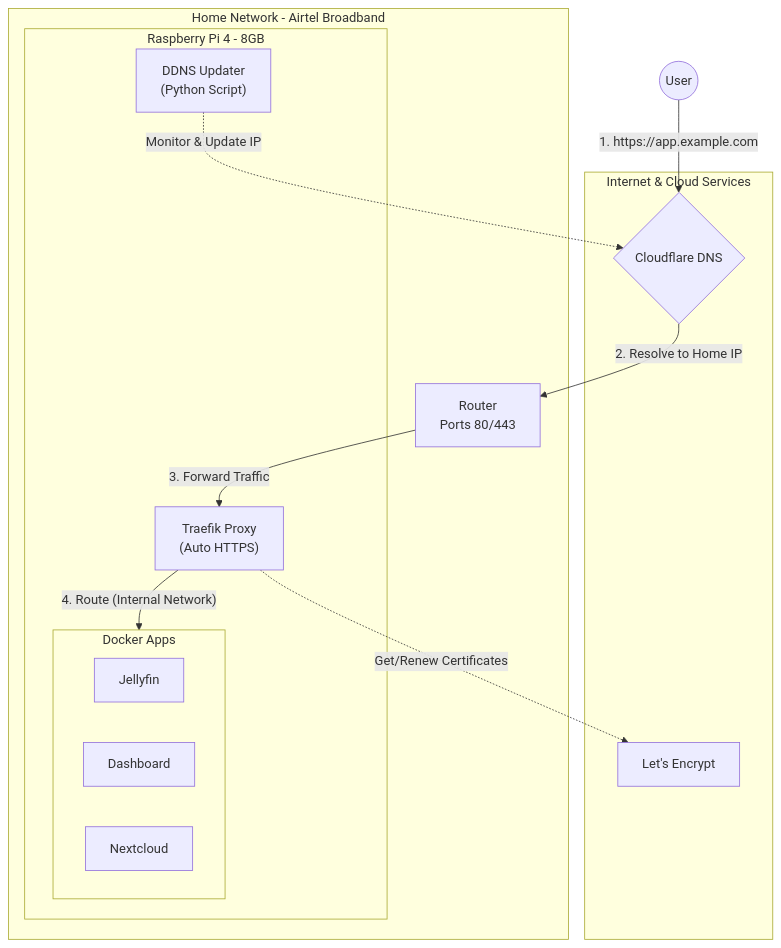
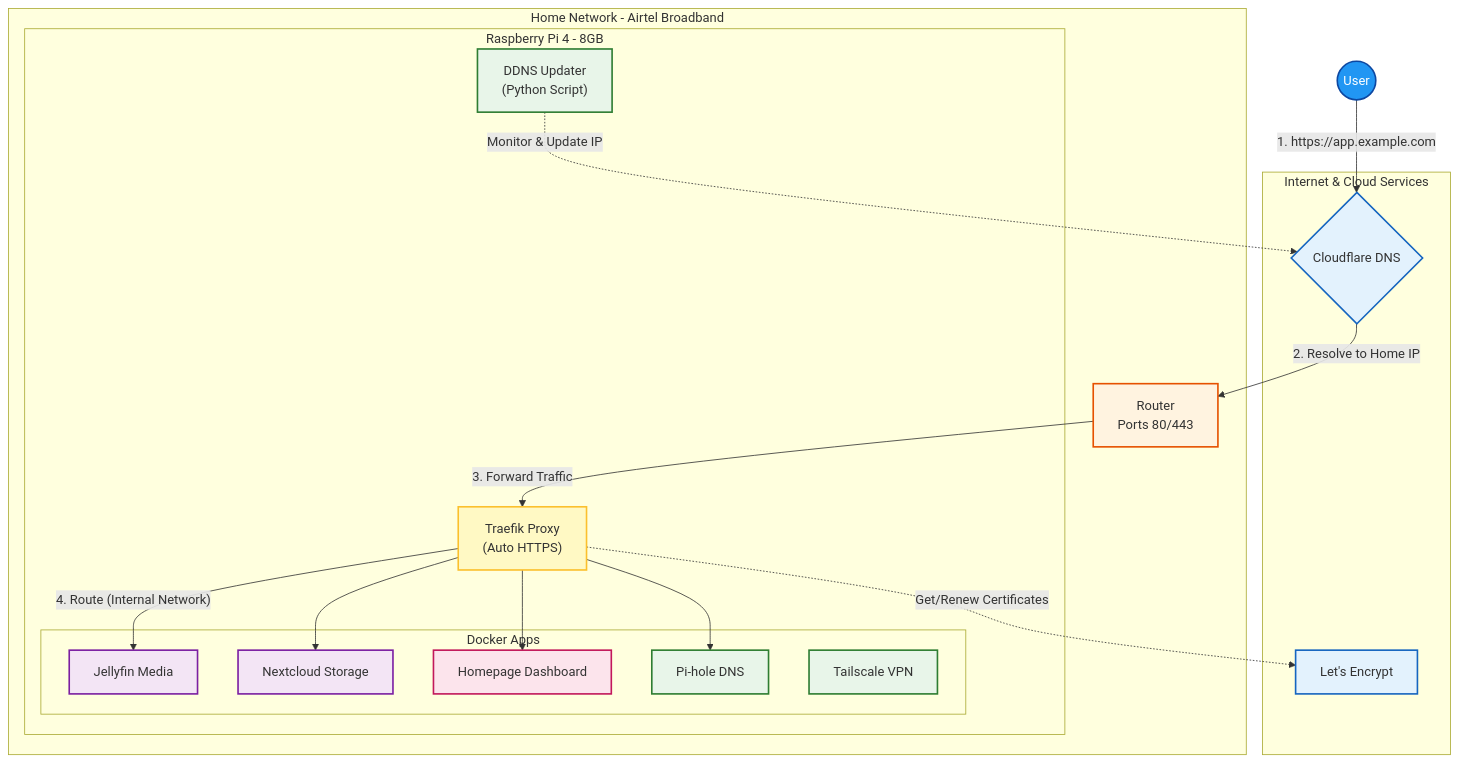
The diagram in README.md (charan-altro/self-host-lab), drawn with Mermaid before and after one commit.

````diff
--- a/README.md
+++ b/README.md
@@ -9,34 +9,48 @@
 ```mermaid
 graph TD
-    User((User))
+    %% Define Styles
+    classDef user fill:#2196f3,stroke:#0d47a1,stroke-width:2px,color:white
+    classDef cloud fill:#e3f2fd,stroke:#1565c0,stroke-width:2px
+    classDef router fill:#fff3e0,stroke:#e65100,stroke-width:2px
+    classDef proxy fill:#fff9c4,stroke:#fbc02d,stroke-width:2px
+    classDef media fill:#f3e5f5,stroke:#7b1fa2,stroke-width:2px
+    classDef net fill:#e8f5e9,stroke:#2e7d32,stroke-width:2px
+    classDef dash fill:#fce4ec,stroke:#c2185b,stroke-width:2px
+
+    User((User)):::user
     
     subgraph Cloud [Internet & Cloud Services]
-        CF_DNS{Cloudflare DNS}
-        LE[Let's Encrypt]
+        CF_DNS{Cloudflare DNS}:::cloud
+        LE[Let's Encrypt]:::cloud
     end
     
     subgraph Home [Home Network - Airtel Broadband]
-        Router["Router<br/>Ports 80/443"]
+        Router["Router<br/>Ports 80/443"]:::router
         
         subgraph RPi [Raspberry Pi 4 - 8GB]
-            Traefik["Traefik Proxy<br/>(Auto HTTPS)"]
-            DDNS["DDNS Updater<br/>(Python Script)"]
+            Traefik["Traefik Proxy<br/>(Auto HTTPS)"]:::proxy
+            DDNS["DDNS Updater<br/>(Python Script)"]:::net
             
             subgraph Services [Docker Apps]
-                Jellyfin[Jellyfin]
-                Dash[Dashboard]
-                Nextcloud[Nextcloud]
+                Jellyfin[Jellyfin Media]:::media
+                Nextcloud[Nextcloud Storage]:::media
+                Homepage[Homepage Dashboard]:::dash
+                PiHole[Pi-hole DNS]:::net
+                Tailscale[Tailscale VPN]:::net
             end
         end
     end
 
     %% Main Traffic Flow
     User -->|1. https://app.example.com| CF_DNS
     CF_DNS -->|2. Resolve to Home IP| Router
     Router -->|3. Forward Traffic| Traefik
-    Traefik -->|"4. Route (Internal Network)"| Services
+    Traefik -->|"4. Route (Internal Network)"| Jellyfin
+    Traefik --> Homepage
+    Traefik --> Nextcloud
+    Traefik --> PiHole
 
     %% Automation Flows
     DDNS -.->|Monitor & Update IP| CF_DNS
     Traefik -.->|Get/Renew Certificates| LE
 ```
````
